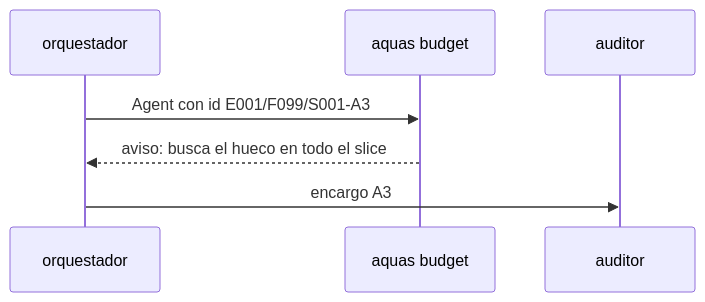
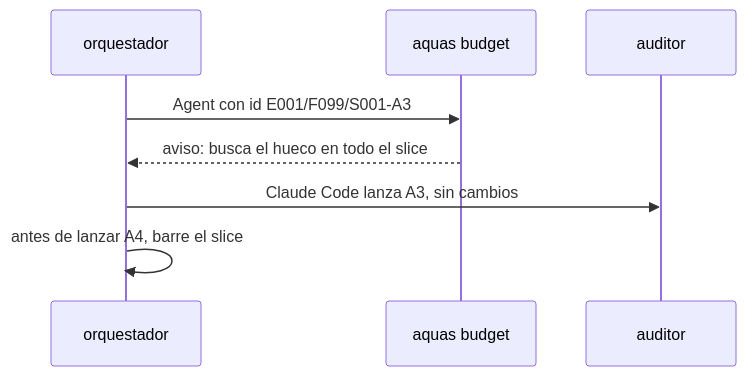
The second of 2 diagrams in docs/E001/F019/S005.md (jliberal-aquas/aquas-central-harness-government), drawn with Mermaid before and after one commit. The commit also changed other lines of this file and 21 other files, not shown here.

````diff
--- a/docs/E001/F019/S005.md
+++ b/docs/E001/F019/S005.md
@@ -54,9 +54,10 @@
 ```mermaid
 sequenceDiagram
     participant O as orquestador
     participant G as aquas budget
     participant U as auditor
     O->>G: Agent con id E001/F099/S001-A3
     G-->>O: aviso: busca el hueco en todo el slice
-    O->>U: encargo A3
+    O->>U: Claude Code lanza A3, sin cambios
+    O->>O: antes de lanzar A4, barre el slice
 ```
````
